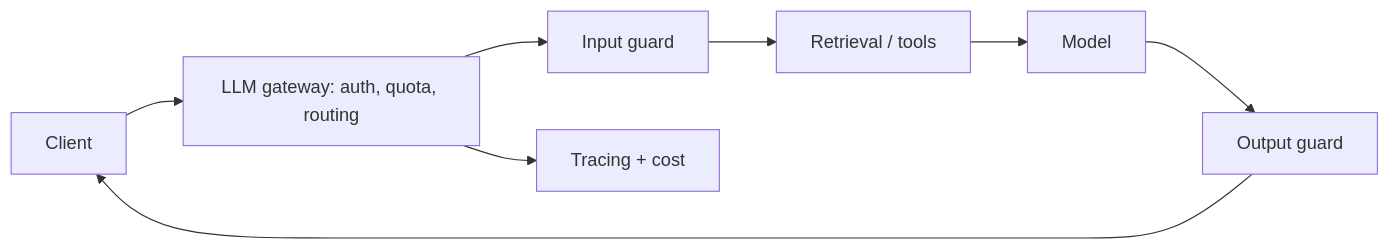
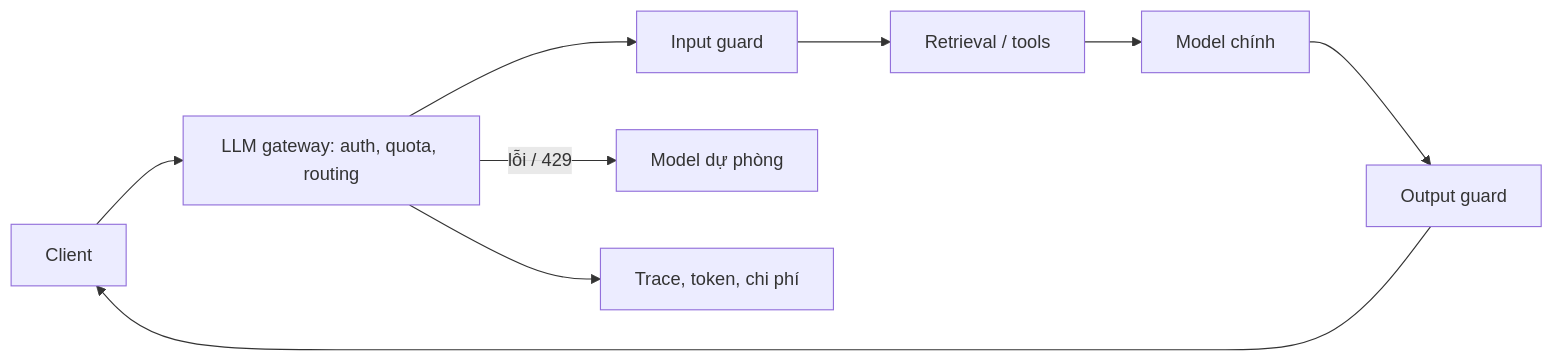
One commit to passion-Infinity/personal-tech-playbook changed the diagram in src/assets/knowledge/playbooks/ai-engineering/llm-app-architecture-gateway.md. Above: the diagram before and after it, drawn with Mermaid. The commit also changed other lines of this file and 5 other files, not shown here.

First line of the commit message:
Deep-dive rewrite: fine-tuning, build-an-agent, voice AI, advanced RAG, LLM app architecture (AI Engineering topic complete)

````diff
--- a/src/assets/knowledge/playbooks/ai-engineering/llm-app-architecture-gateway.md
+++ b/src/assets/knowledge/playbooks/ai-engineering/llm-app-architecture-gateway.md
@@ -21,7 +43,8 @@
 ```mermaid
 flowchart LR
-    C[Client] --> GW["LLM gateway: auth, quota, routing"]
-    GW --> G1["Input guard"] --> RAG["Retrieval / tools"] --> M["Model"]
+    C["Client"] --> GW["LLM gateway: auth, quota, routing"]
+    GW --> G1["Input guard"] --> RAG["Retrieval / tools"] --> M["Model chính"]
+    GW -->|"lỗi / 429"| FB["Model dự phòng"]
     M --> G2["Output guard"] --> C
-    GW --> OBS["Tracing + cost"]
+    GW --> OBS["Trace, token, chi phí"]
 ```
````
